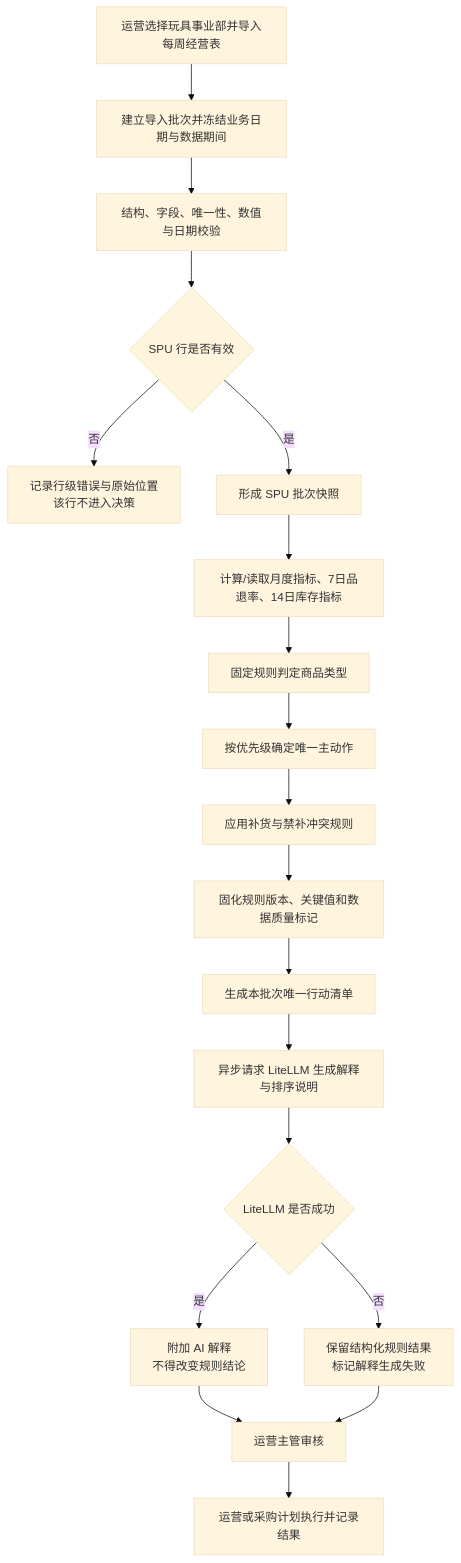
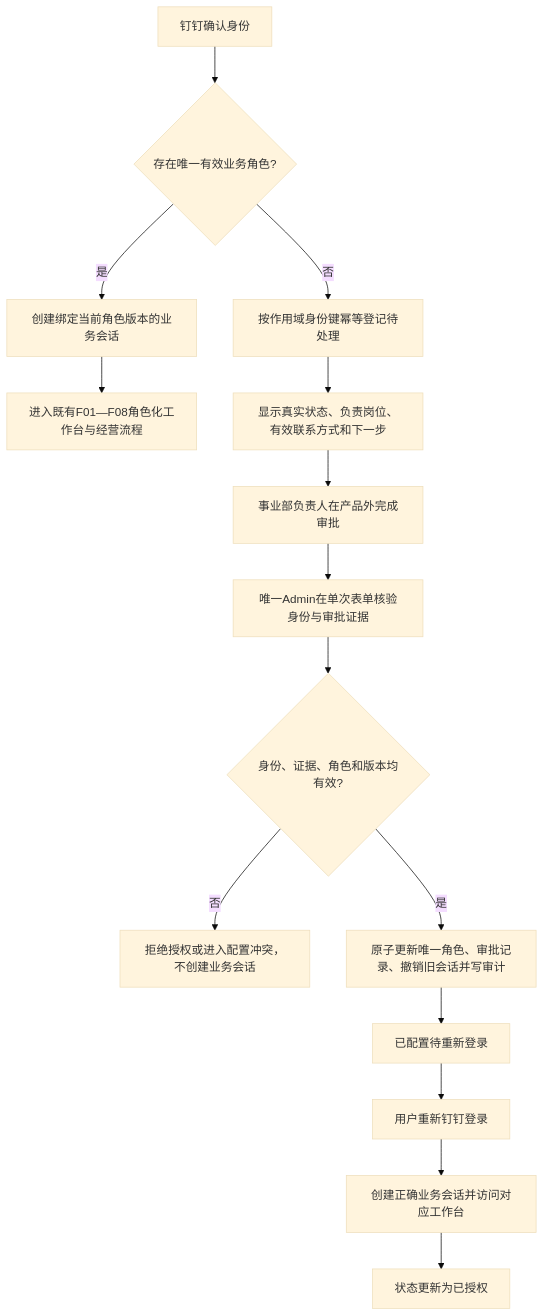
The second of 7 diagrams in 趣然AI商品经营利润决策助手/drafts/r1-architect.md (johnsonsmilequran/profit-decision-engine), drawn with Mermaid (base theme) before and after one commit. The commit also changed other lines of this file and 2 other files, not shown here.

````diff
--- a/趣然AI商品经营利润决策助手/drafts/r1-architect.md
+++ b/趣然AI商品经营利润决策助手/drafts/r1-architect.md
@@ -306,21 +219,17 @@
 ```mermaid
 flowchart TD
-    A[运营选择玩具事业部并导入每周经营表] --> B[建立导入批次并冻结业务日期与数据期间]
-    B --> C[结构、字段、唯一性、数值与日期校验]
-    C --> D{SPU 行是否有效}
-    D -- 否 --> E[记录行级错误与原始位置\n该行不进入决策]
-    D -- 是 --> F[形成 SPU 批次快照]
-    F --> G[计算/读取月度指标、7日品退率、14日库存指标]
-    G --> H[固定规则判定商品类型]
-    H --> I[按优先级确定唯一主动作]
-    I --> J[应用补货与禁补冲突规则]
-    J --> K[固化规则版本、关键值和数据质量标记]
-    K --> L[生成本批次唯一行动清单]
-    L --> M[异步请求 LiteLLM 生成解释与排序说明]
-    M --> N{LiteLLM 是否成功}
-    N -- 是 --> O[附加 AI 解释\n不得改变规则结论]
-    N -- 否 --> P[保留结构化规则结果\n标记解释生成失败]
-    O --> Q[运营主管审核]
-    P --> Q
-    Q --> R[运营或采购计划执行并记录结果]
+    A[钉钉确认身份] --> B{存在唯一有效业务角色?}
+    B -- 是 --> C[创建绑定当前角色版本的业务会话]
+    C --> D[进入既有F01—F08角色化工作台与经营流程]
+    B -- 否 --> E[按作用域身份键幂等登记待处理]
+    E --> F[显示真实状态、负责岗位、有效联系方式和下一步]
+    F --> G[事业部负责人在产品外完成审批]
+    G --> H[唯一Admin在单次表单核验身份与审批证据]
+    H --> I{身份、证据、角色和版本均有效?}
+    I -- 否 --> J[拒绝授权或进入配置冲突，不创建业务会话]
+    I -- 是 --> K[原子更新唯一角色、审批记录、撤销旧会话并写审计]
+    K --> L[已配置待重新登录]
+    L --> M[用户重新钉钉登录]
+    M --> N[创建正确业务会话并访问对应工作台]
+    N --> O[状态更新为已授权]
 ```
````
